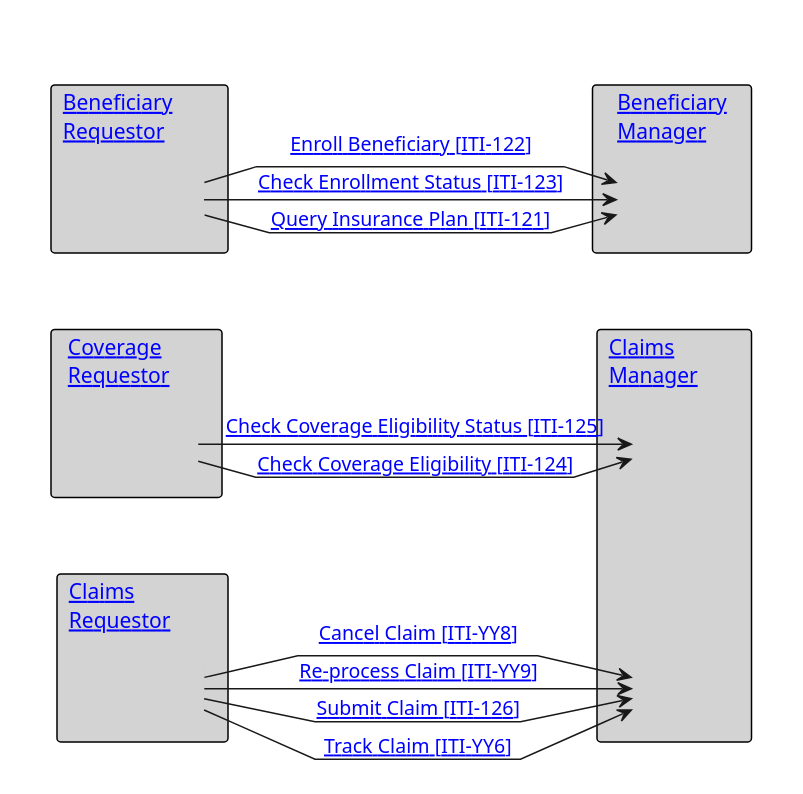
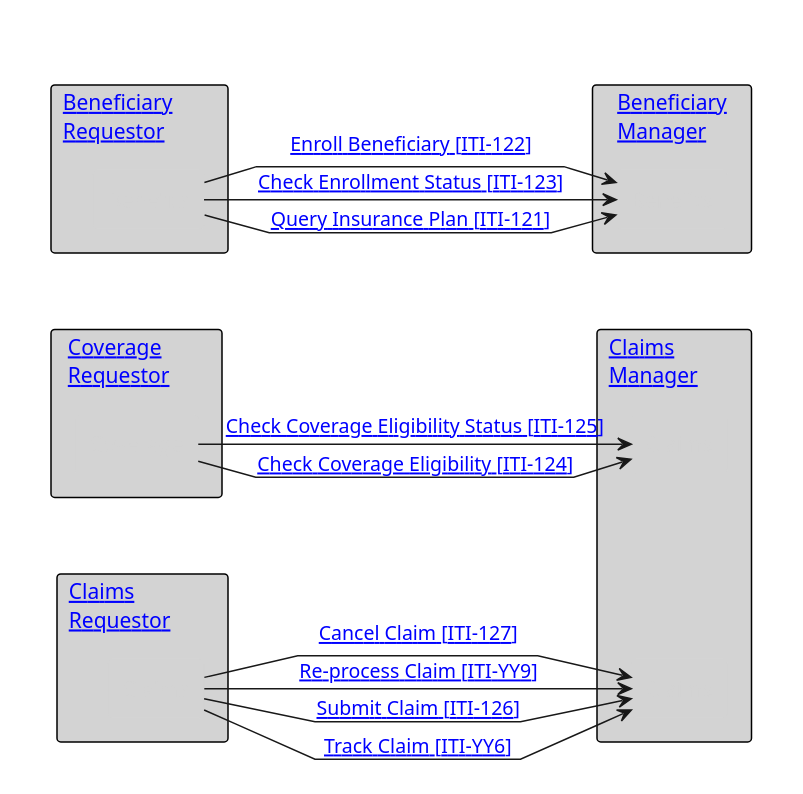
The diagram in input/images-source/ActorsAndTransactions.plantuml (IHE/ITI.Finance), drawn with PlantUML before and after one commit. The commit also changed 14 other files, not shown here.

```diff
--- a/input/images-source/ActorsAndTransactions.plantuml
+++ b/input/images-source/ActorsAndTransactions.plantuml
@@ -1,59 +1,59 @@
 @startuml
 skinparam package {
   BorderColor transparent
   BackgroundColor transparent
   Shadowing false
 }
 skinparam rectangle {
   BorderColor black
   BackgroundColor lightgrey
   Shadowing false
   FontStyle normal
 }
 skinparam agent {
   BorderColor lightgrey
   BackgroundColor lightgrey
   FontColor lightgrey
   Shadowing false
 }
 
 hide footbox
 'skinparam svgDimensionStyle false
 skinparam linetype polyline
 package "  "  {
   rectangle "[[#beneficiary-requestor Beneficiary        \nRequestor]]" as br {
     agent "Benefits" as BenReq
   }
   rectangle "[[#coverage-requestor Coverage        \nRequestor]]" as cr {
     agent "Coverage" as CovReq
   }
   rectangle "[[#claims-requestor Claims               \nRequestor]]" as cl {
     agent "Claims" as ClaimReq
   }
 }
 
 package " "  {
   rectangle "[[#beneficiary-manager Beneficiary\nManager]]" as Ben {
     agent "Benefits" as BenMan
   }
   rectangle "[[#claims-manager Claims            \nManager]]" as ClaimMan {
     agent "Claims" as ClaimMan1
     agent "Claims" as ClaimMan2
   }
 }
 BenReq -> BenMan : "[[ITI-121.html Query Insurance Plan &#91;ITI-121&#93;]]"
 BenReq -> BenMan : "[[ITI-122.html Enroll Beneficiary &#91;ITI-122&#93;]]"
 BenReq -> BenMan : "[[ITI-123.html Check Enrollment Status &#91;ITI-123&#93;]]"
 BenReq -[hidden]-> CovReq: ""
 CovReq -[hidden]-> ClaimReq: ""
 BenMan -[hidden]-> ClaimMan1: ""
 ClaimMan1 -[hidden]-> ClaimMan2: ""
 CovReq -> ClaimMan1 : "[[ITI-124.html Check Coverage Eligibility &#91;ITI-124&#93;]]"
 CovReq -> ClaimMan1 : "[[ITI-125.html Check Coverage Eligibility Status &#91;ITI-125&#93;]]"
 ClaimReq -> ClaimMan2 : "[[ITI-126.html Submit Claim &#91;ITI-126&#93;]]"
-ClaimReq -> ClaimMan2 : "[[ITI-YY8.html Cancel Claim &#91;ITI-YY8&#93;]]"
+ClaimReq -> ClaimMan2 : "[[ITI-127.html Cancel Claim &#91;ITI-127&#93;]]"
 ClaimReq -> ClaimMan2 : "[[ITI-YY9.html Re-process Claim &#91;ITI-YY9&#93;]]"
 ClaimReq -> ClaimMan2 : "[[ITI-YY6.html Track Claim &#91;ITI-YY6&#93;]]"
 
 
 @endum
```
